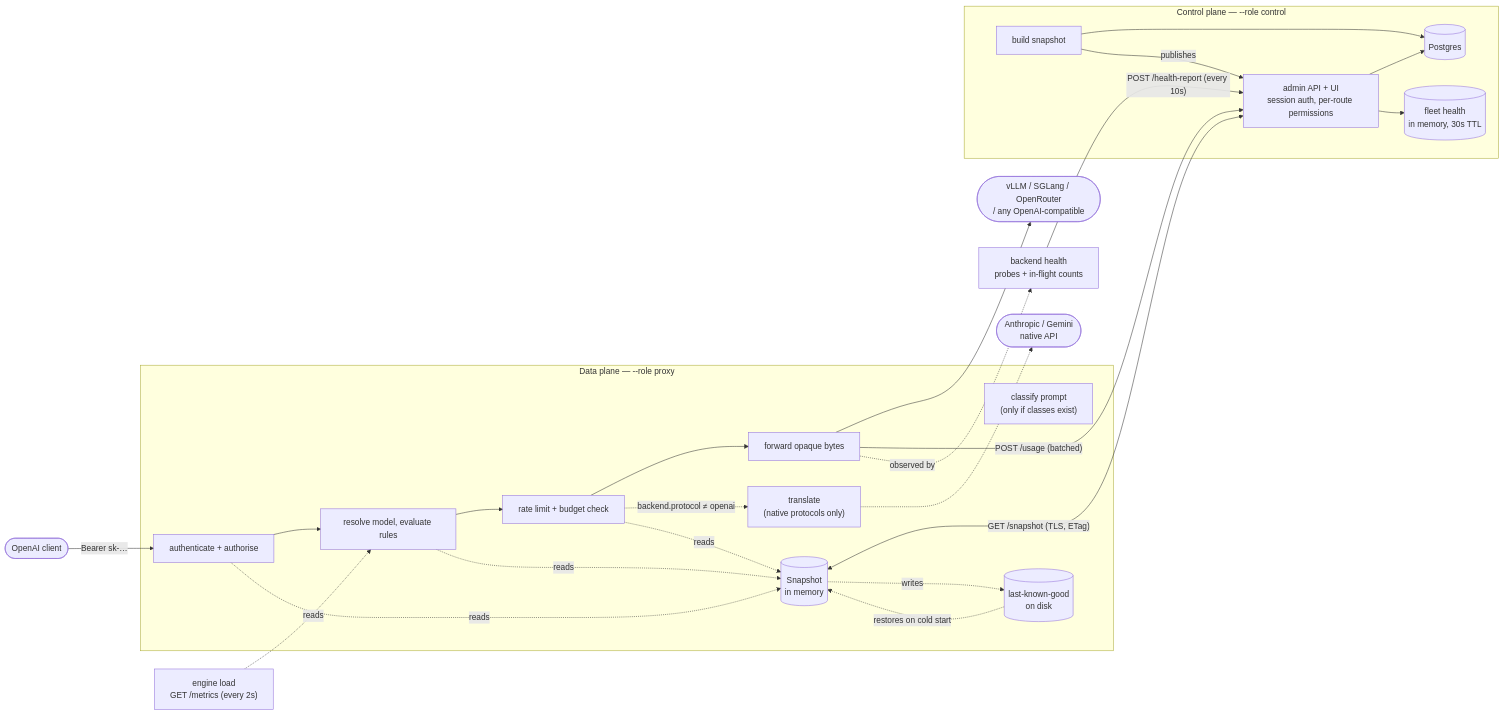
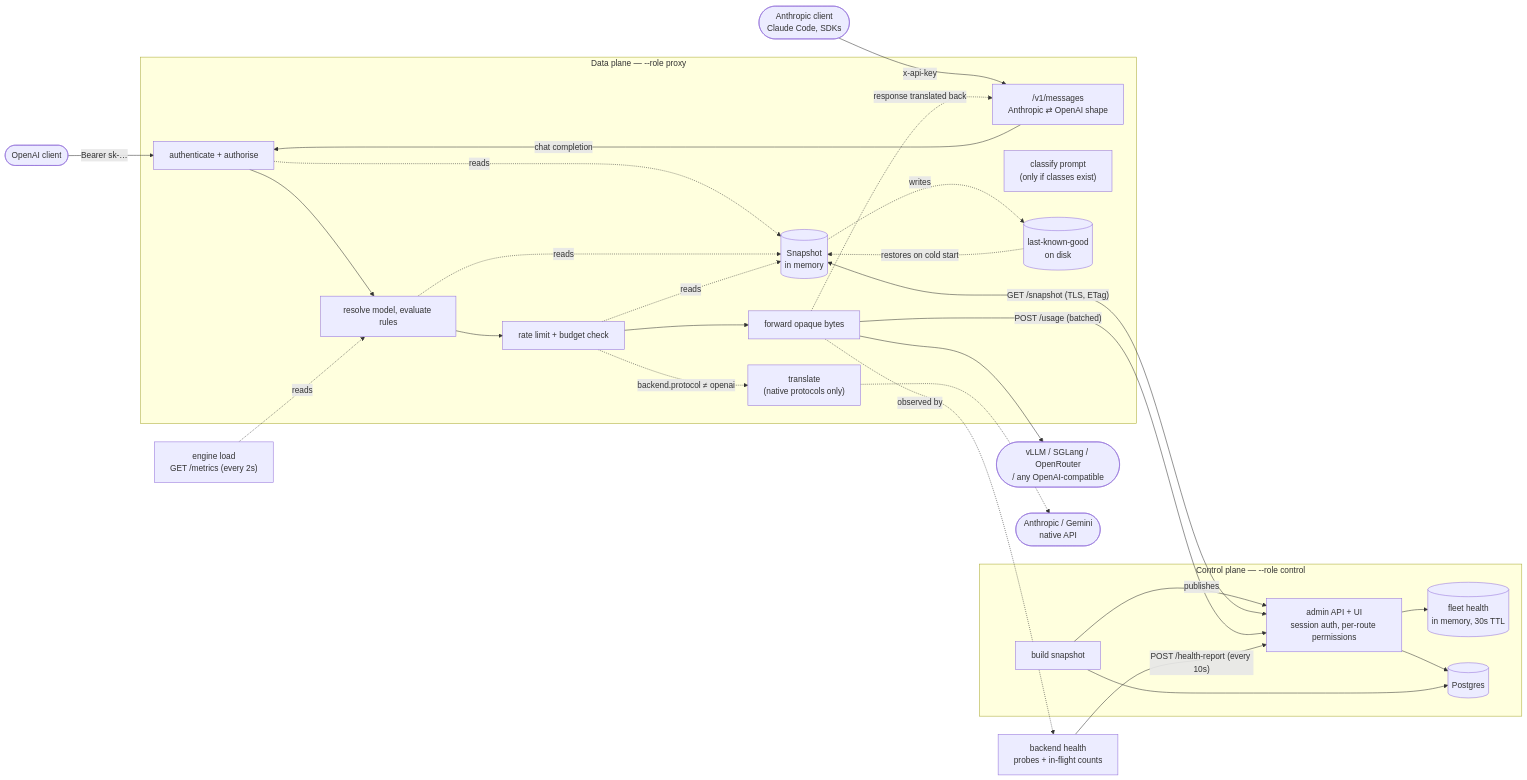
The first of 3 diagrams in docs/architecture.md (azrtydxb/Fastllm-proxy), drawn with Mermaid before and after one commit. The commit also changed other lines of this file and 16 other files, not shown here.

````diff
--- a/docs/architecture.md
+++ b/docs/architecture.md
@@ -13,43 +13,47 @@
 ```mermaid
 flowchart LR
     client([OpenAI client])
+    aclient([Anthropic client<br/>Claude Code, SDKs])
 
     subgraph dp["Data plane — --role proxy"]
+        msgs["/v1/messages<br/>Anthropic ⇄ OpenAI shape"]
         auth[authenticate + authorise]
         classify["classify prompt<br/>(only if classes exist)"]
         route[resolve model, evaluate rules]
         limit[rate limit + budget check]
         fwd[forward opaque bytes]
         xlate["translate<br/>(native protocols only)"]
         snap[(Snapshot<br/>in memory)]
         cache[(last-known-good<br/>on disk)]
     end
 
     subgraph cp["Control plane — --role control"]
         admin["admin API + UI<br/>session auth, per-route permissions"]
         fleetstore[("fleet health<br/>in memory, 30s TTL")]
         build[build snapshot]
         pg[(Postgres)]
     end
 
     backend([vLLM / SGLang / OpenRouter<br/>/ any OpenAI-compatible])
 
     client -->|"Bearer sk-…"| auth --> route --> limit --> fwd --> backend
+    aclient -->|"x-api-key"| msgs -->|"chat completion"| auth
+    fwd -.->|"response translated back"| msgs
     limit -.->|"backend.protocol ≠ openai"| xlate
     xlate -.-> native([Anthropic / Gemini<br/>native API])
     auth -.reads.-> snap
     route -.reads.-> snap
     limit -.reads.-> snap
 
     admin --> pg
     build --> pg
     build -->|publishes| admin
     snap <-->|"GET /snapshot (TLS, ETag)"| admin
     snap -.writes.-> cache
     cache -.restores on cold start.-> snap
     fwd -->|"POST /usage (batched)"| admin
     health["backend health<br/>probes + in-flight counts"] -->|"POST /health-report (every 10s)"| admin
     admin --> fleetstore
     fwd -.observed by.-> health
     engines["engine load<br/>GET /metrics (every 2s)"] -.reads.-> route
 ```
````
